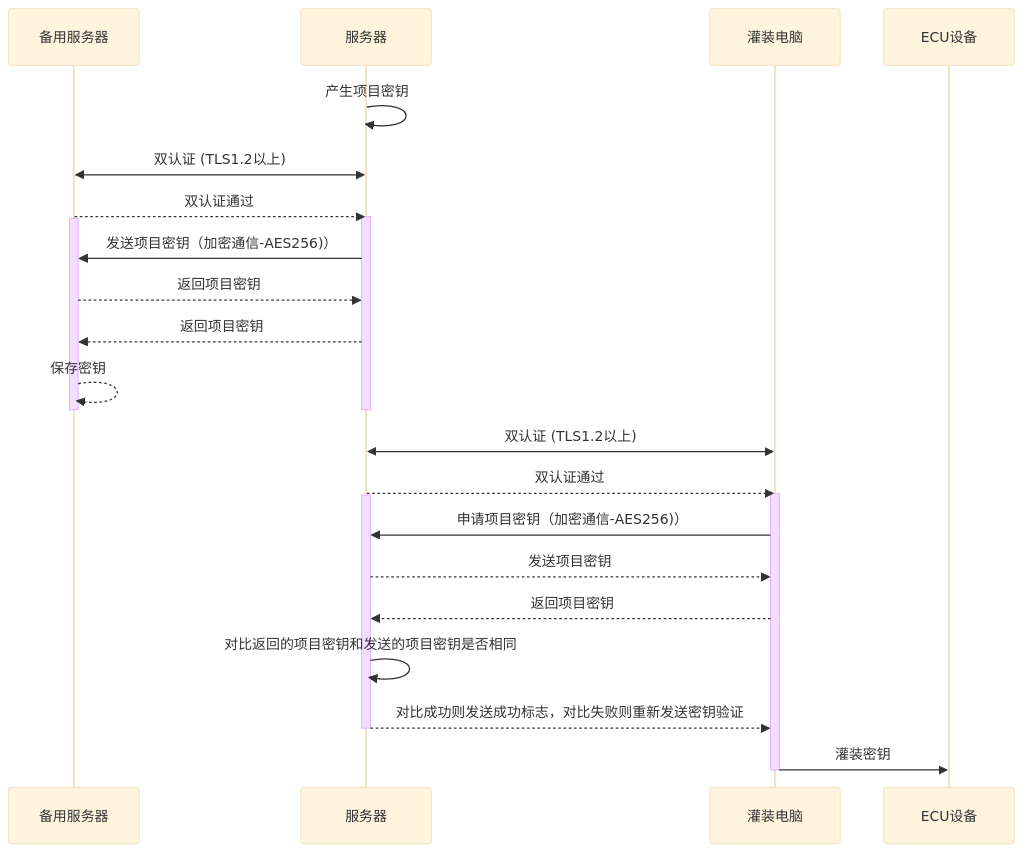
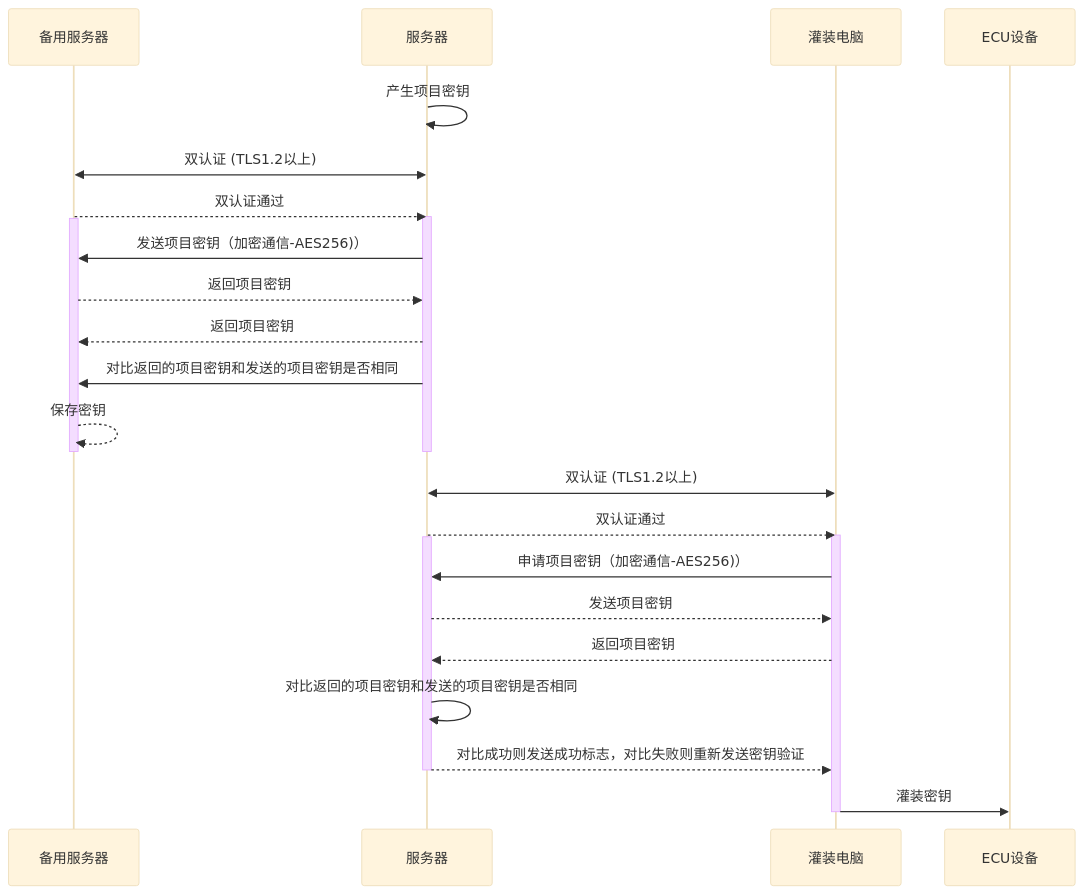
The diagram in all/未命名-10.md (facebook-cloud/iodraw-files), drawn with Mermaid (base theme) before and after one commit.

Commit message:
2026-01-15 11:28:42 update

````diff
--- a/all/未命名-10.md
+++ b/all/未命名-10.md
@@ -1,34 +1,34 @@
 ```mermaid
 sequenceDiagram
     participant B as 备用服务器
     participant A as 服务器
     participant C as 灌装电脑
     participant D as ECU设备
 
     A->>A: 产生项目密钥
     A<<->>B: 双认证 (TLS1.2以上)
     B-->>A: 双认证通过
     activate A
     activate B
     A->>B: 发送项目密钥（加密通信-AES256)）
     B-->>A: 返回项目密钥
     A-->>B: 返回项目密钥
-    
+    A->>B: 对比返回的项目密钥和发送的项目密钥是否相同
     B-->>B: 保存密钥
     deactivate B
     deactivate A
 
     C<<->>A: 双认证 (TLS1.2以上)
     A-->>C: 双认证通过
     activate C
     activate A
     C->>A: 申请项目密钥（加密通信-AES256)）
     A-->>C: 发送项目密钥
     C-->>A: 返回项目密钥
     A->>A: 对比返回的项目密钥和发送的项目密钥是否相同
     A-->>C: 对比成功则发送成功标志，对比失败则重新发送密钥验证
     deactivate A
     C->>D: 灌装密钥
     deactivate C
 
 ```
````
